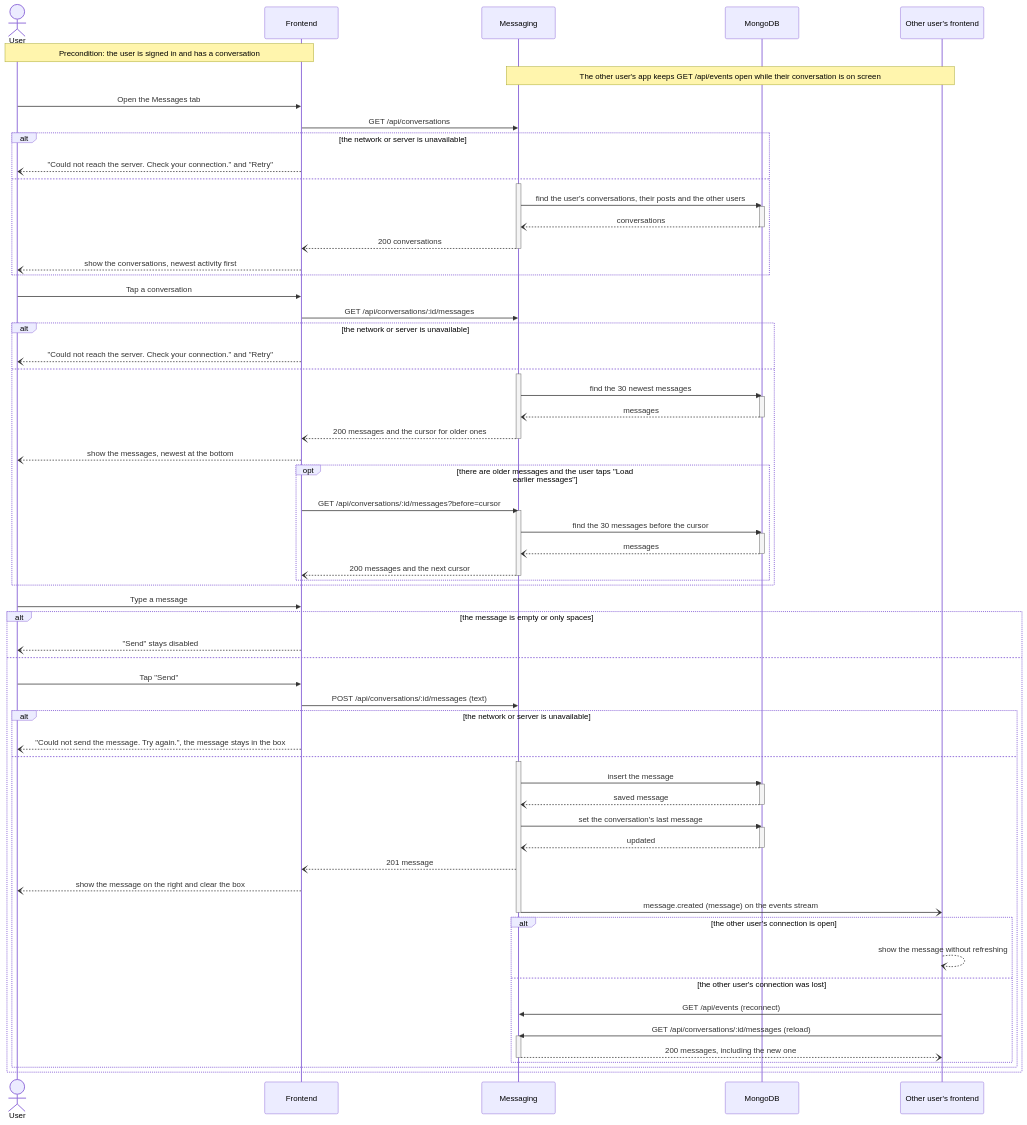
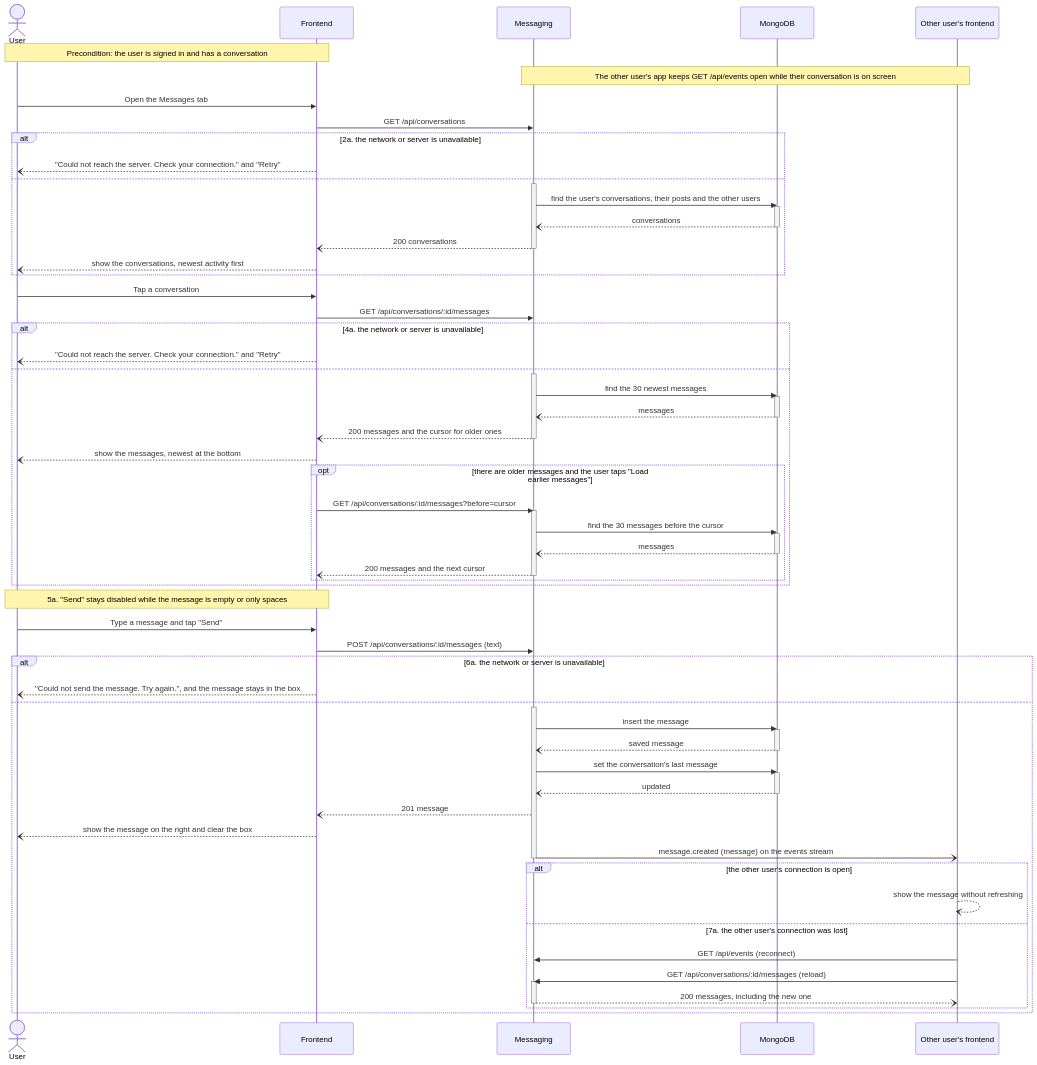
Before and after one commit to m1lun/MatchMarket: the fifth of 6 diagrams in documentation/Requirements_and_Design.md, drawn with Mermaid. The commit also changed other lines of this file, not shown here.

Commit message:
docs: simplify the sequence diagrams and label each branch with its use case step

````diff
--- a/documentation/Requirements_and_Design.md
+++ b/documentation/Requirements_and_Design.md
@@ -690,81 +669,77 @@
 ```mermaid
 sequenceDiagram
     actor U as User
     participant FE as Frontend
     participant MS as Messaging
     participant DB as MongoDB
     participant O as Other user's frontend
     Note over U,FE: Precondition: the user is signed in and has a conversation
     Note over MS,O: The other user's app keeps GET /api/events open while their conversation is on screen
     U->>FE: Open the Messages tab
     FE->>MS: GET /api/conversations
-    alt the network or server is unavailable
+    alt 2a. the network or server is unavailable
         FE--)U: "Could not reach the server. Check your connection." and "Retry"
     else
         activate MS
         MS->>DB: find the user's conversations, their posts and the other users
         activate DB
         DB--)MS: conversations
         deactivate DB
         MS--)FE: 200 conversations
         deactivate MS
         FE--)U: show the conversations, newest activity first
     end
     U->>FE: Tap a conversation
     FE->>MS: GET /api/conversations/:id/messages
-    alt the network or server is unavailable
+    alt 4a. the network or server is unavailable
         FE--)U: "Could not reach the server. Check your connection." and "Retry"
     else
         activate MS
         MS->>DB: find the 30 newest messages
         activate DB
         DB--)MS: messages
         deactivate DB
         MS--)FE: 200 messages and the cursor for older ones
         deactivate MS
         FE--)U: show the messages, newest at the bottom
         opt there are older messages and the user taps "Load earlier messages"
             FE->>MS: GET /api/conversations/:id/messages?before=cursor
             activate MS
             MS->>DB: find the 30 messages before the cursor
             activate DB
             DB--)MS: messages
             deactivate DB
             MS--)FE: 200 messages and the next cursor
             deactivate MS
         end
     end
-    U->>FE: Type a message
-    alt the message is empty or only spaces
-        FE--)U: "Send" stays disabled
+    Note over U,FE: 5a. "Send" stays disabled while the message is empty or only spaces
+    U->>FE: Type a message and tap "Send"
+    FE->>MS: POST /api/conversations/:id/messages (text)
+    alt 6a. the network or server is unavailable
+        FE--)U: "Could not send the message. Try again.", and the message stays in the box
     else
-        U->>FE: Tap "Send"
-        FE->>MS: POST /api/conversations/:id/messages (text)
-        alt the network or server is unavailable
-            FE--)U: "Could not send the message. Try again.", the message stays in the box
-        else
+        activate MS
+        MS->>DB: insert the message
+        activate DB
+        DB--)MS: saved message
+        deactivate DB
+        MS->>DB: set the conversation's last message
+        activate DB
+        DB--)MS: updated
+        deactivate DB
+        MS--)FE: 201 message
+        FE--)U: show the message on the right and clear the box
+        MS-)O: message.created (message) on the events stream
+        deactivate MS
+        alt the other user's connection is open
+            O--)O: show the message without refreshing
+        else 7a. the other user's connection was lost
+            O->>MS: GET /api/events (reconnect)
+            O->>MS: GET /api/conversations/:id/messages (reload)
             activate MS
-            MS->>DB: insert the message
-            activate DB
-            DB--)MS: saved message
-            deactivate DB
-            MS->>DB: set the conversation's last message
-            activate DB
-            DB--)MS: updated
-            deactivate DB
-            MS--)FE: 201 message
-            FE--)U: show the message on the right and clear the box
-            MS-)O: message.created (message) on the events stream
+            MS--)O: 200 messages, including the new one
             deactivate MS
-            alt the other user's connection is open
-                O--)O: show the message without refreshing
-            else the other user's connection was lost
-                O->>MS: GET /api/events (reconnect)
-                O->>MS: GET /api/conversations/:id/messages (reload)
-                activate MS
-                MS--)O: 200 messages, including the new one
-                deactivate MS
-            end
         end
     end
 ```
````
